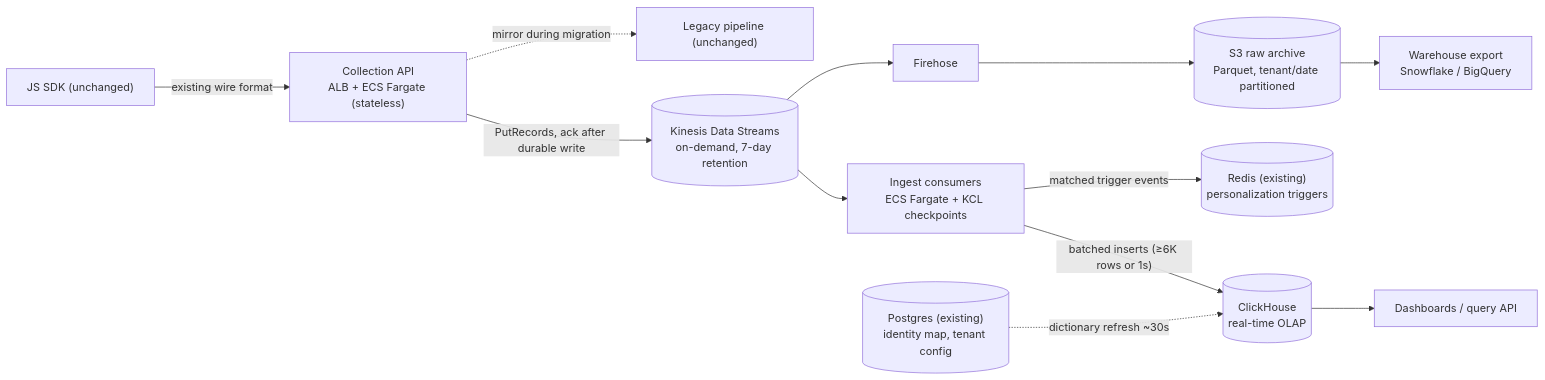
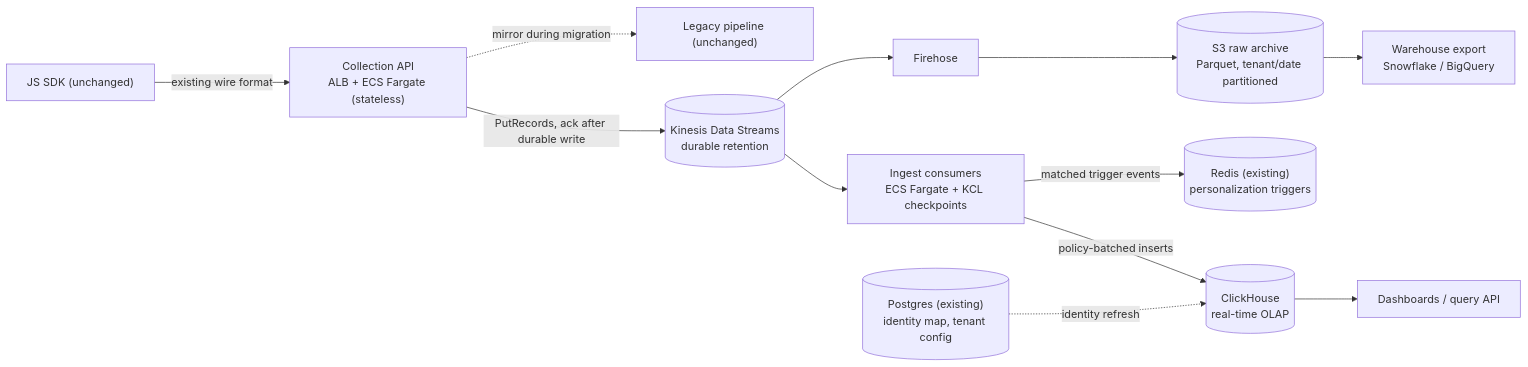
The diagram in SUBMISSION.md (Brayheart/beat-claude-engineer-004), drawn with Mermaid before and after one commit. The commit also changed other lines of this file and 8 other files, not shown here.

````diff
--- a/SUBMISSION.md
+++ b/SUBMISSION.md
@@ -17,13 +17,13 @@
 ```mermaid
 flowchart LR
   SDK["JS SDK (unchanged)"] -->|existing wire format| COL["Collection API<br/>ALB + ECS Fargate (stateless)"]
-  COL -->|PutRecords, ack after durable write| KDS[("Kinesis Data Streams<br/>on-demand, 7-day retention")]
+  COL -->|PutRecords, ack after durable write| KDS[("Kinesis Data Streams<br/>durable retention")]
   COL -.->|mirror during migration| LEGACY["Legacy pipeline (unchanged)"]
   KDS --> CONS["Ingest consumers<br/>ECS Fargate + KCL checkpoints"]
   KDS --> FH["Firehose"] --> S3[("S3 raw archive<br/>Parquet, tenant/date partitioned")]
-  CONS -->|"batched inserts (≥6K rows or 1s)"| CH[("ClickHouse<br/>real-time OLAP")]
+  CONS -->|"policy-batched inserts"| CH[("ClickHouse<br/>real-time OLAP")]
   CONS -->|matched trigger events| RED[("Redis (existing)<br/>personalization triggers")]
   CH --> DASH["Dashboards / query API"]
   S3 --> EXP["Warehouse export<br/>Snowflake / BigQuery"]
-  PG[("Postgres (existing)<br/>identity map, tenant config")] -.->|dictionary refresh ~30s| CH
+  PG[("Postgres (existing)<br/>identity map, tenant config")] -.->|identity refresh| CH
 ```
````
